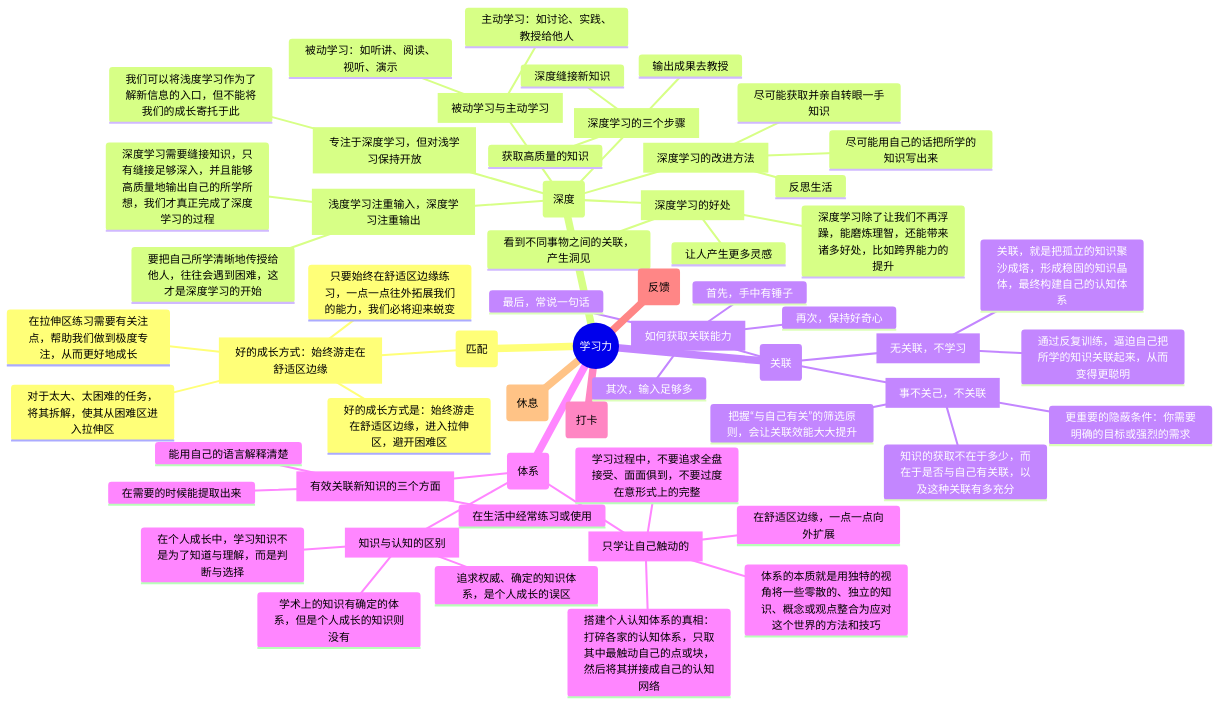
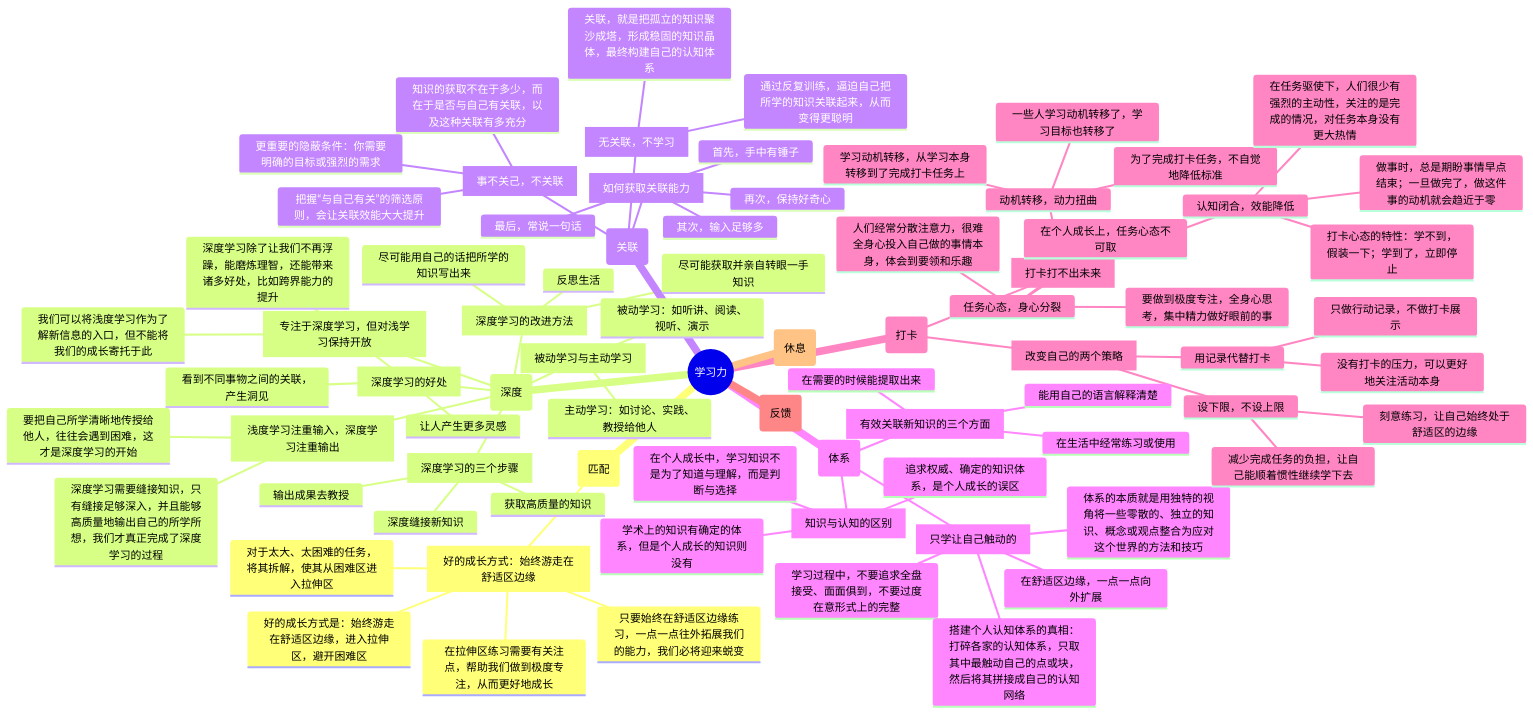
The sixth of 6 diagrams in reading-notes/rzjx/README.md (ytx-readings/zl-books), drawn with Mermaid before and after one commit. The commit also changed other lines of this file, not shown here.

````diff
--- a/reading-notes/rzjx/README.md
+++ b/reading-notes/rzjx/README.md
@@ -527,61 +552,81 @@
 ```mermaid
 mindmap
 ((学习力))
     (匹配)
         [好的成长方式：始终游走在舒适区边缘]
             好的成长方式是：始终游走在舒适区边缘，进入拉伸区，避开困难区
             对于太大、太困难的任务，将其拆解，使其从困难区进入拉伸区
             在拉伸区练习需要有关注点，帮助我们做到极度专注，从而更好地成长
             只要始终在舒适区边缘练习，一点一点往外拓展我们的能力，我们必将迎来蜕变
     (深度)
         [被动学习与主动学习]
             被动学习：如听讲、阅读、视听、演示
             主动学习：如讨论、实践、教授给他人
         [浅度学习注重输入，深度学习注重输出]
             要把自己所学清晰地传授给他人，往往会遇到困难，这才是深度学习的开始
             深度学习需要缝接知识，只有缝接足够深入，并且能够高质量地输出自己的所学所想，我们才真正完成了深度学习的过程
         [深度学习的三个步骤]
             获取高质量的知识
             深度缝接新知识
             输出成果去教授
         [深度学习的改进方法]
             尽可能获取并亲自转眼一手知识
             尽可能用自己的话把所学的知识写出来
             反思生活
         [深度学习的好处]
             深度学习除了让我们不再浮躁，能磨炼理智，还能带来诸多好处，比如跨界能力的提升
             让人产生更多灵感
             看到不同事物之间的关联，产生洞见
         [专注于深度学习，但对浅学习保持开放]
             我们可以将浅度学习作为了解新信息的入口，但不能将我们的成长寄托于此
     (关联)
         [无关联，不学习]
             关联，就是把孤立的知识聚沙成塔，形成稳固的知识晶体，最终构建自己的认知体系
             通过反复训练，逼迫自己把所学的知识关联起来，从而变得更聪明
         [事不关己，不关联]
             知识的获取不在于多少，而在于是否与自己有关联，以及这种关联有多充分
             把握“与自己有关”的筛选原则，会让关联效能大大提升
             更重要的隐蔽条件：你需要明确的目标或强烈的需求
         [如何获取关联能力]
             首先，手中有锤子
             其次，输入足够多
             再次，保持好奇心
             最后，常说一句话
     (体系)
         [知识与认知的区别]
             学术上的知识有确定的体系，但是个人成长的知识则没有
             追求权威、确定的知识体系，是个人成长的误区
             在个人成长中，学习知识不是为了知道与理解，而是判断与选择
         [只学让自己触动的]
             学习过程中，不要追求全盘接受、面面俱到，不要过度在意形式上的完整
             体系的本质就是用独特的视角将一些零散的、独立的知识、概念或观点整合为应对这个世界的方法和技巧
             搭建个人认知体系的真相：打碎各家的认知体系，只取其中最触动自己的点或块，然后将其拼接成自己的认知网络
             在舒适区边缘，一点一点向外扩展
         [有效关联新知识的三个方面]
             能用自己的语言解释清楚
             在需要的时候能提取出来
             在生活中经常练习或使用
     (打卡)
+        [打卡打不出未来]
+            动机转移，动力扭曲
+                为了完成打卡任务，不自觉地降低标准
+                学习动机转移，从学习本身转移到了完成打卡任务上
+                一些人学习动机转移了，学习目标也转移了
+            认知闭合，效能降低
+                做事时，总是期盼事情早点结束；一旦做完了，做这件事的动机就会趋近于零
+                打卡心态的特性：学不到，假装一下；学到了，立即停止
+                在任务驱使下，人们很少有强烈的主动性，关注的是完成的情况，对任务本身没有更大热情
+            任务心态，身心分裂
+                在个人成长上，任务心态不可取
+                人们经常分散注意力，很难全身心投入自己做的事情本身，体会到要领和乐趣
+                要做到极度专注，全身心思考，集中精力做好眼前的事
+        [改变自己的两个策略]
+            用记录代替打卡
+                只做行动记录，不做打卡展示
+                没有打卡的压力，可以更好地关注活动本身
+            设下限，不设上限
+                减少完成任务的负担，让自己能顺着惯性继续学下去
+                刻意练习，让自己始终处于舒适区的边缘
     (反馈)
     (休息)
 ```
````
